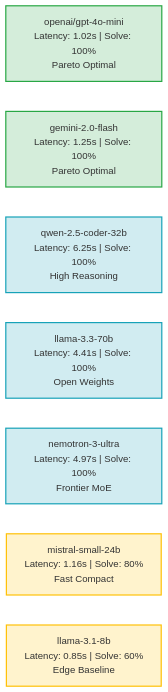
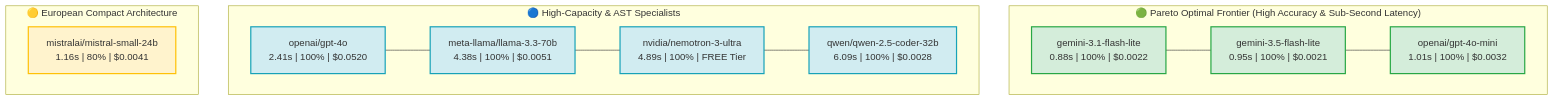
Before and after one commit to AYMAN-070/Agent-Smith: the first of 2 diagrams in BENCHMARK_REPORT.md, drawn with Mermaid. The commit also changed other lines of this file and 22 other files, not shown here.

````diff
--- a/BENCHMARK_REPORT.md
+++ b/BENCHMARK_REPORT.md
@@ -263,14 +213,23 @@
 ```mermaid
-flowchart LR
-    A["openai/gpt-4o-mini<br>Latency: 1.02s | Solve: 100%<br>Pareto Optimal"]:::optimal
-    B["gemini-2.0-flash<br>Latency: 1.25s | Solve: 100%<br>Pareto Optimal"]:::optimal
-    C["qwen-2.5-coder-32b<br>Latency: 6.25s | Solve: 100%<br>High Reasoning"]:::balanced
-    D["llama-3.3-70b<br>Latency: 4.41s | Solve: 100%<br>Open Weights"]:::balanced
-    E["nemotron-3-ultra<br>Latency: 4.97s | Solve: 100%<br>Frontier MoE"]:::balanced
-    F["mistral-small-24b<br>Latency: 1.16s | Solve: 80%<br>Fast Compact"]:::suboptimal
-    G["llama-3.1-8b<br>Latency: 0.85s | Solve: 60%<br>Edge Baseline"]:::suboptimal
+flowchart TD
+    subgraph Optimal ["🟢 Pareto Optimal Frontier (High Accuracy &amp; Sub-Second Latency)"]
+        A["gemini-3.1-flash-lite<br/>0.88s | 100% | $0.0022"]:::optimal
+        B["gemini-3.5-flash-lite<br/>0.95s | 100% | $0.0021"]:::optimal
+        C["openai/gpt-4o-mini<br/>1.01s | 100% | $0.0032"]:::optimal
+    end
+    subgraph Specialists ["🔵 High-Capacity &amp; AST Specialists"]
+        D["openai/gpt-4o<br/>2.41s | 100% | $0.0520"]:::balanced
+        E["meta-llama/llama-3.3-70b<br/>4.38s | 100% | $0.0051"]:::balanced
+        F["nvidia/nemotron-3-ultra<br/>4.89s | 100% | FREE Tier"]:::balanced
+        G["qwen/qwen-2.5-coder-32b<br/>6.09s | 100% | $0.0028"]:::balanced
+    end
+    subgraph Compact ["🟡 European Compact Architecture"]
+        H["mistralai/mistral-small-24b<br/>1.16s | 80% | $0.0041"]:::suboptimal
+    end
+    A --- B --- C
+    D --- E --- F --- G
 
     classDef optimal fill:#d4edda,stroke:#28a745,stroke-width:2px;
     classDef balanced fill:#d1ecf1,stroke:#17a2b8,stroke-width:2px;
     classDef suboptimal fill:#fff3cd,stroke:#ffc107,stroke-width:2px;
 ```
````
